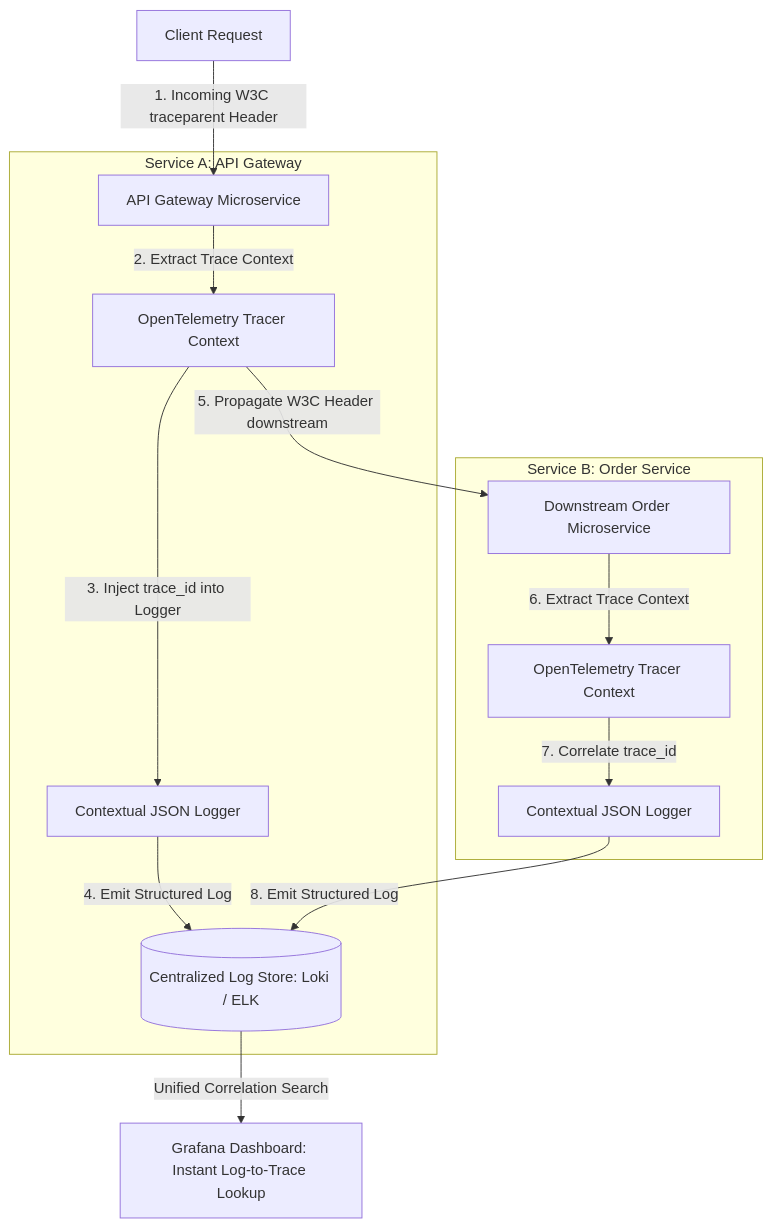
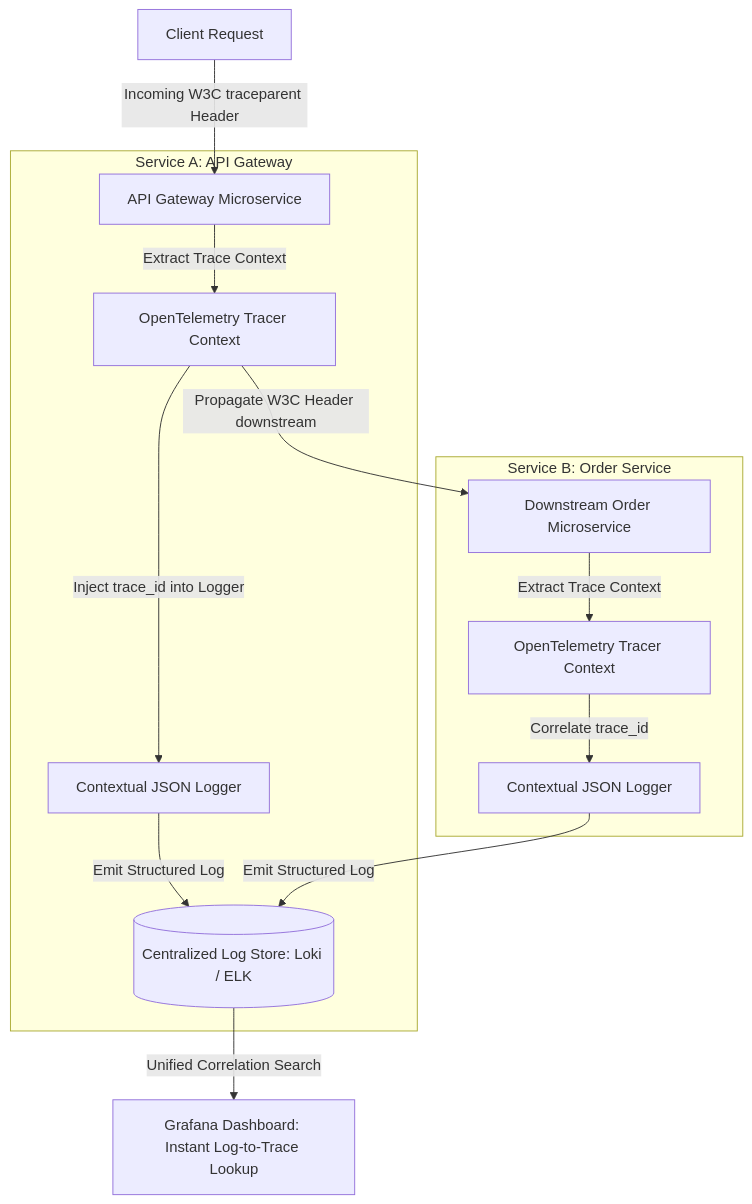
The diagram in blog/posts/centralized-distributed-tracing-dynamic-structured-logging.md (akmalkhaniub/akmalkhaniub.github.io), drawn with Mermaid before and after one commit. The commit also changed 411 other files, not shown here.

````diff
--- a/blog/posts/centralized-distributed-tracing-dynamic-structured-logging.md
+++ b/blog/posts/centralized-distributed-tracing-dynamic-structured-logging.md
@@ -17,20 +17,20 @@
 ```mermaid
-graph TD
-  A[Client Request] -->|1. Incoming W3C traceparent Header| B[API Gateway Microservice]
+flowchart TD
+  A[Client Request] -->|Incoming W3C traceparent Header| B[API Gateway Microservice]
   
   subgraph SG1_ServiceAApi ["Service A: API Gateway"]
-    B -->|2. Extract Trace Context| B1[OpenTelemetry Tracer Context]
-    B1 -->|3. Inject trace_id into Logger| B2[Contextual JSON Logger]
-    B2 -->|4. Emit Structured Log| L1[(Centralized Log Store: Loki / ELK)]
+    B -->|Extract Trace Context| B1[OpenTelemetry Tracer Context]
+    B1 -->|Inject trace_id into Logger| B2[Contextual JSON Logger]
+    B2 -->|Emit Structured Log| L1[(Centralized Log Store: Loki / ELK)]
   end
   
-  B1 -->|5. Propagate W3C Header downstream| C[Downstream Order Microservice]
+  B1 -->|Propagate W3C Header downstream| C[Downstream Order Microservice]
   
   subgraph SG2_ServiceBOrder ["Service B: Order Service"]
-    C -->|6. Extract Trace Context| C1[OpenTelemetry Tracer Context]
-    C1 -->|7. Correlate trace_id| C2[Contextual JSON Logger]
-    C2 -->|8. Emit Structured Log| L1
+    C -->|Extract Trace Context| C1[OpenTelemetry Tracer Context]
+    C1 -->|Correlate trace_id| C2[Contextual JSON Logger]
+    C2 -->|Emit Structured Log| L1
   end
   
   L1 -->|Unified Correlation Search| D[Grafana Dashboard: Instant Log-to-Trace Lookup]
 ```
````
